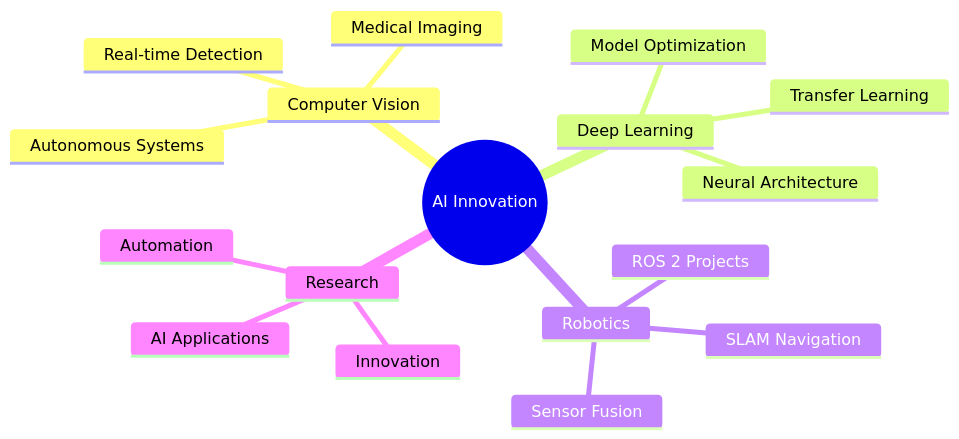
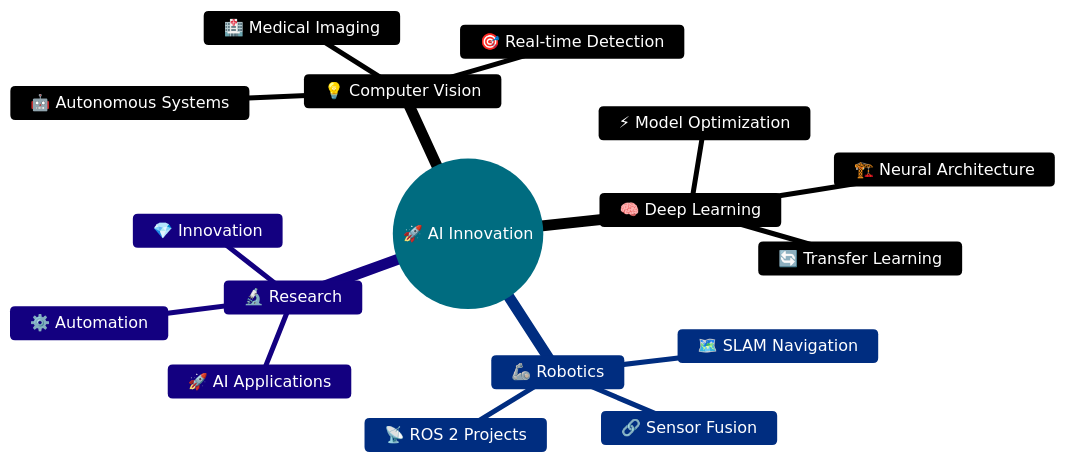
One commit to MO-NASSER9/MO-NASSER9 changed the diagram in README.md. Above: the diagram before and after it, drawn with Mermaid. The commit also changed other lines of this file, not shown here.

````diff
--- a/README.md
+++ b/README.md
@@ -150,20 +144,21 @@
 ```mermaid
+%%{init: {'theme':'base', 'themeVariables': { 'primaryColor':'#00D9FF','primaryTextColor':'#fff','primaryBorderColor':'#00D9FF','lineColor':'#00D9FF','secondaryColor':'#1a1a2e','tertiaryColor':'#16213e','background':'#0D1117','mainBkg':'#1a1a2e','secondBkg':'#16213e','tertiaryBkg':'#0f3460','textColor':'#ffffff','nodeBorder':'#00D9FF','clusterBkg':'#1a1a2e','clusterBorder':'#00D9FF','fontSize':'16px'}}}%%
 mindmap
-  root((AI Innovation))
-    Computer Vision
-      Real-time Detection
-      Medical Imaging
-      Autonomous Systems
-    Deep Learning
-      Model Optimization
-      Transfer Learning
-      Neural Architecture
-    Robotics
-      ROS 2 Projects
-      SLAM Navigation
-      Sensor Fusion
-    Research
-      AI Applications
-      Automation
-      Innovation
+  root((🚀 AI Innovation))
+    💡 Computer Vision
+      🎯 Real-time Detection
+      🏥 Medical Imaging
+      🤖 Autonomous Systems
+    🧠 Deep Learning
+      ⚡ Model Optimization
+      🔄 Transfer Learning
+      🏗️ Neural Architecture
+    🦾 Robotics
+      📡 ROS 2 Projects
+      🗺️ SLAM Navigation
+      🔗 Sensor Fusion
+    🔬 Research
+      🚀 AI Applications
+      ⚙️ Automation
+      💎 Innovation
 ```
````
